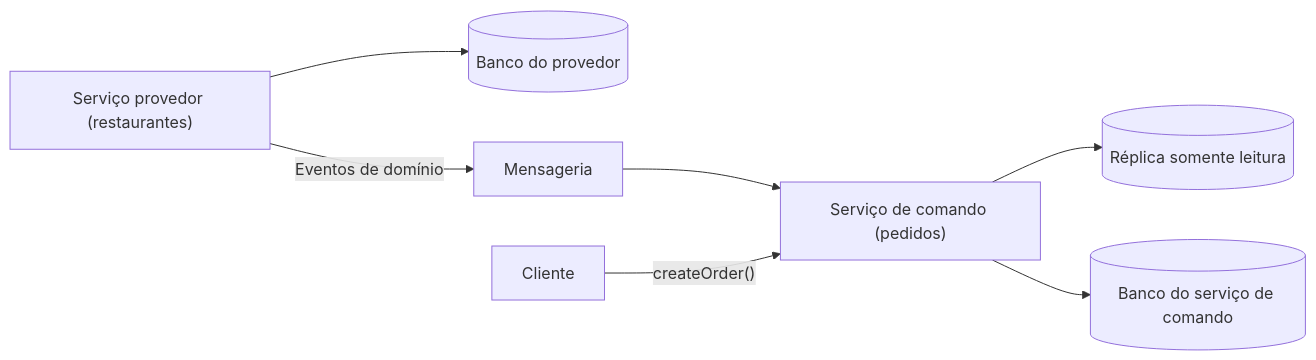
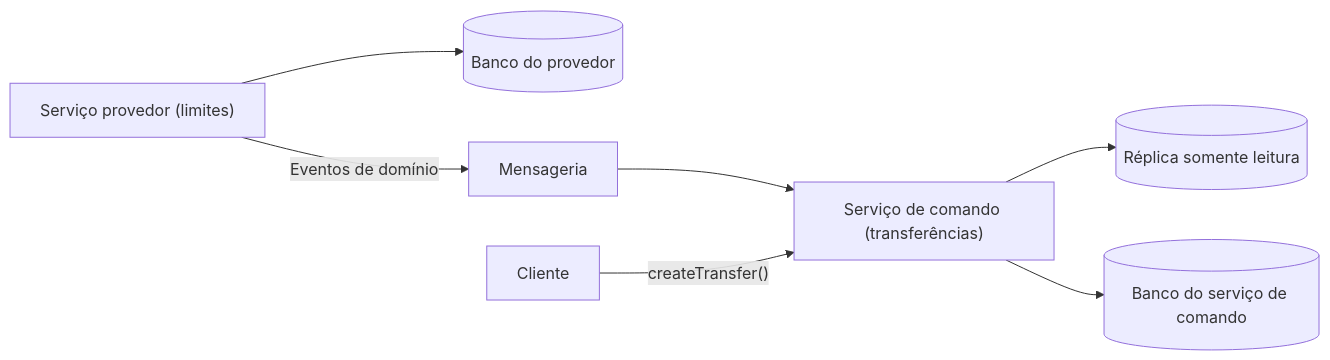
Before and after one commit to alancesar/design-patterns: the diagram in docs/architecture/microservices/service-collaboration/command-side-replica.md, drawn with Mermaid. The commit also changed other lines of this file and 27 other files, not shown here.

Commit message:
Switch microservices concrete diagrams to fintech scenarios

````diff
--- a/docs/architecture/microservices/service-collaboration/command-side-replica.md
+++ b/docs/architecture/microservices/service-collaboration/command-side-replica.md
@@ -57,9 +57,9 @@
 ```mermaid
 flowchart LR
-    P["Serviço provedor (restaurantes)"] --> PDB[("Banco do provedor")]
+    P["Serviço provedor (limites)"] --> PDB[("Banco do provedor")]
     P -->|"Eventos de domínio"| B["Mensageria"]
-    B --> C["Serviço de comando (pedidos)"]
+    B --> C["Serviço de comando (transferências)"]
     C --> R[("Réplica somente leitura")]
     C --> CDB[("Banco do serviço de comando")]
-    CL["Cliente"] -->|"createOrder()"| C
+    CL["Cliente"] -->|"createTransfer()"| C
 ```
````
